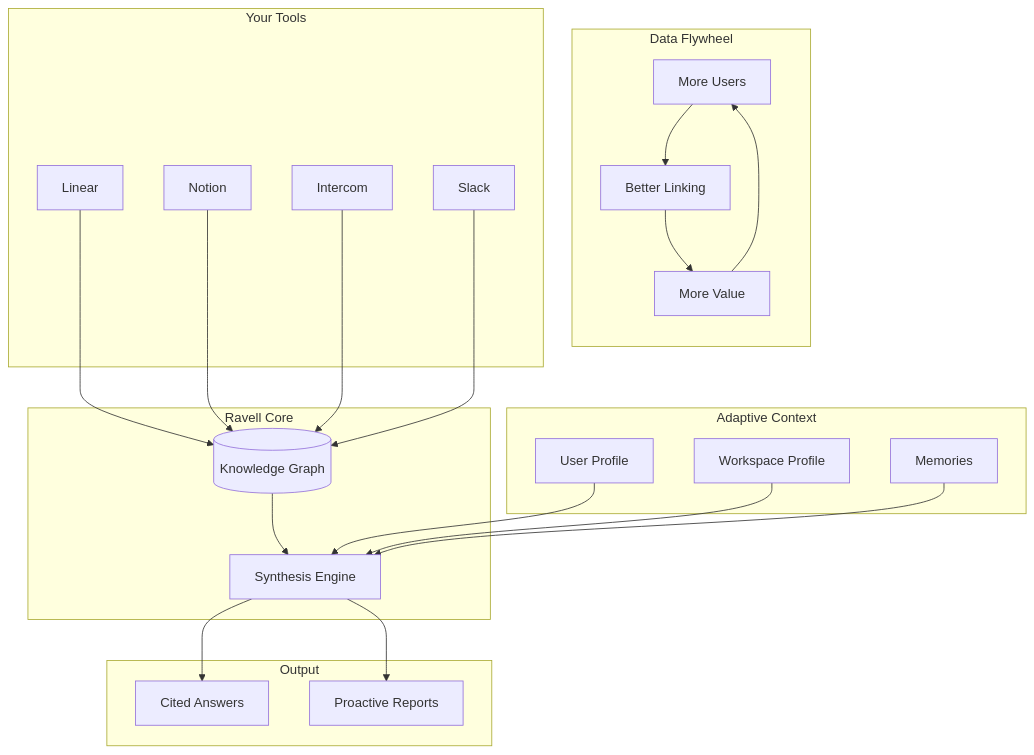
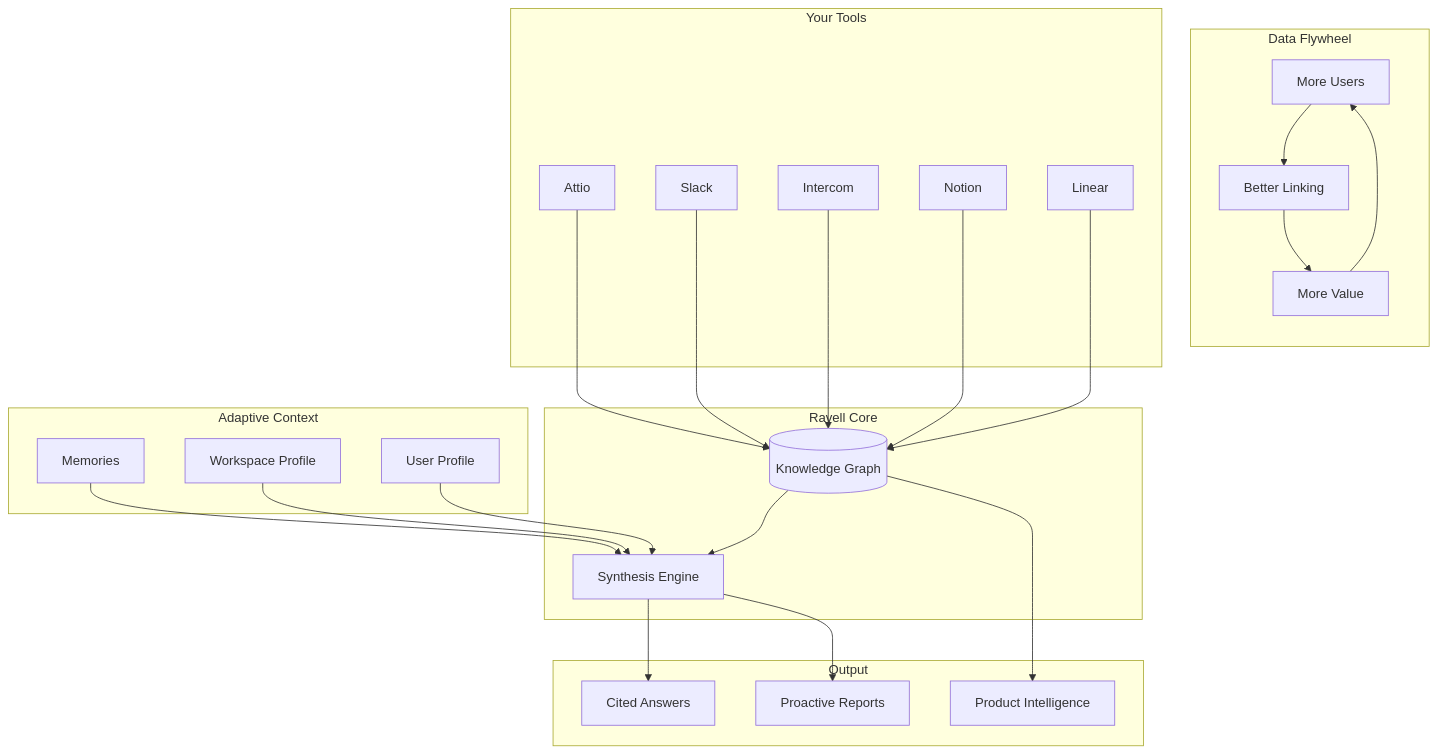
One commit to ravell-io/docs changed the first of 2 diagrams in system-overview.mdx. Above: the diagram before and after it, drawn with Mermaid. The commit also changed other lines of this file and 5 other files, not shown here.

Commit message:
Add product intelligence documentation page and cross-references

````diff
--- a/system-overview.mdx
+++ b/system-overview.mdx
@@ -14,46 +14,50 @@
 ```mermaid
 flowchart TB
     subgraph Flywheel["Data Flywheel"]
         direction TB
         A[More Users]
         B[Better Linking]
         C[More Value]
         A --> B
         B --> C
         C --> A
     end
 
     subgraph Tools["Your Tools"]
         L[Linear]
         N[Notion]
         I[Intercom]
         S[Slack]
+        At[Attio]
     end
 
     subgraph Context["Adaptive Context"]
         UP[User Profile]
         WP[Workspace Profile]
         M[Memories]
     end
 
     subgraph Core["Ravell Core"]
         KG[(Knowledge Graph)]
         SE[Synthesis Engine]
     end
 
     subgraph Output["Output"]
         CA[Cited Answers]
         PR[Proactive Reports]
+        PI[Product Intelligence]
     end
 
     L --> KG
     N --> KG
     I --> KG
     S --> KG
+    At --> KG
     KG --> SE
     UP --> SE
     WP --> SE
     M --> SE
     SE --> CA
     SE --> PR
+    KG --> PI
 ```
````
